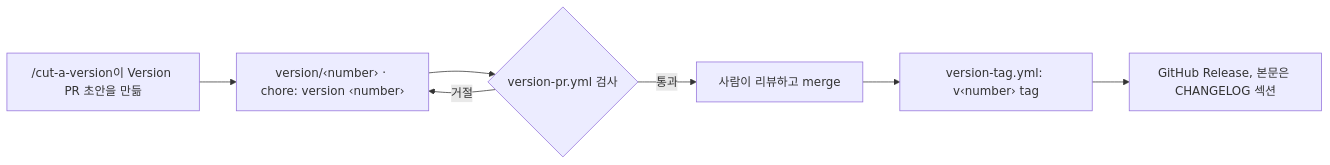
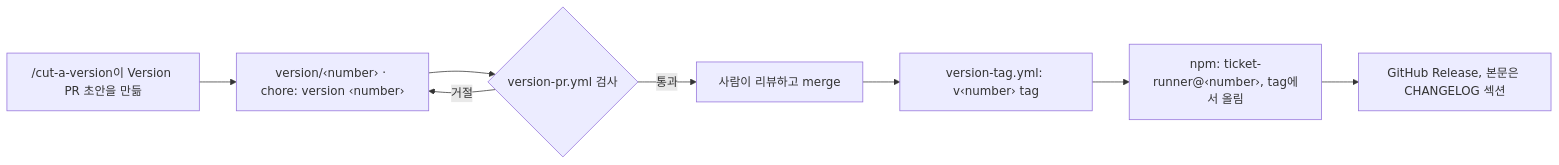
The second of 2 diagrams in wiki/ko/guide/internals.md (jjongs2/ticket-runner), drawn with Mermaid before and after one commit. The commit also changed other lines of this file and 16 other files, not shown here.

````diff
--- a/wiki/ko/guide/internals.md
+++ b/wiki/ko/guide/internals.md
@@ -177,9 +177,10 @@
 ```mermaid
 flowchart LR
     SK["/cut-a-version이 Version PR 초안을 만듦"] --> PR["version/‹number› · chore: version ‹number›"]
     PR --> CK{"version-pr.yml 검사"}
     CK -- 거절 --> PR
     CK -- 통과 --> MG["사람이 리뷰하고 merge"]
     MG --> TG["version-tag.yml: v‹number› tag"]
-    TG --> RL["GitHub Release, 본문은 CHANGELOG 섹션"]
+    TG --> NP["npm: ticket-runner@‹number›, tag에서 올림"]
+    NP --> RL["GitHub Release, 본문은 CHANGELOG 섹션"]
 ```
````
